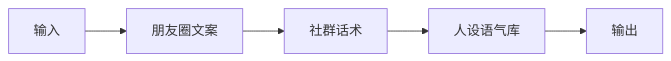
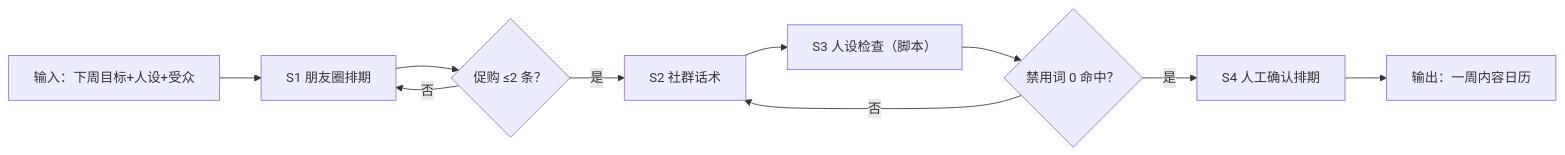
Before and after one commit to bangwozuo/funnel-builder-zh: the diagram in workflows/private-domain-calendar-flow/SKILL.md, drawn with Mermaid. The commit also changed other lines of this file and 53 other files, not shown here.

````diff
--- a/workflows/private-domain-calendar-flow/SKILL.md
+++ b/workflows/private-domain-calendar-flow/SKILL.md
@@ -28,12 +37,16 @@
 ```mermaid
 flowchart LR
-    IN["输入"]
-    S1["朋友圈文案"]
-    S2["社群话术"]
-    S3["人设语气库"]
-    OUT["输出"]
-    IN --> S1
-    S1 --> S2
-    S2 --> S3
-    S3 --> OUT
+    IN["输入：下周目标+人设+受众"]
+    S1["S1 朋友圈排期"]
+    Q1{"促购 ≤2 条？"}
+    S2["S2 社群话术"]
+    S3["S3 人设检查（脚本）"]
+    Q2{"禁用词 0 命中？"}
+    S4["S4 人工确认排期"]
+    OUT["输出：一周内容日历"]
+    IN --> S1 --> Q1
+    Q1 -- 否 --> S1
+    Q1 -- 是 --> S2 --> S3 --> Q2
+    Q2 -- 否 --> S2
+    Q2 -- 是 --> S4 --> OUT
 ```
````
